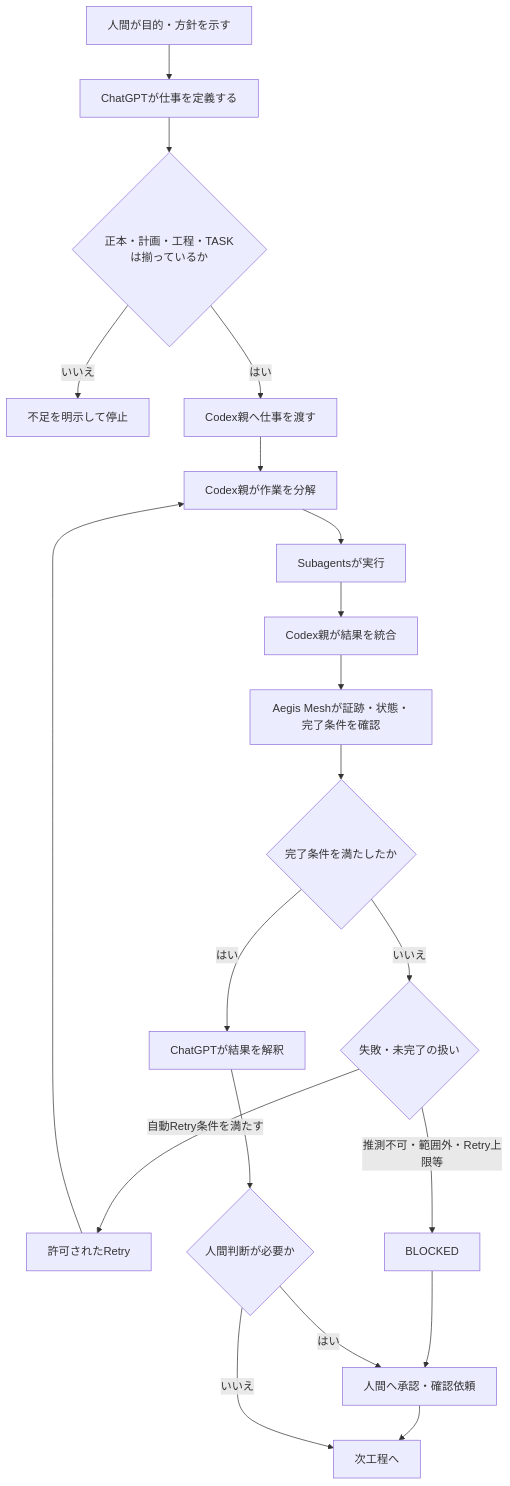
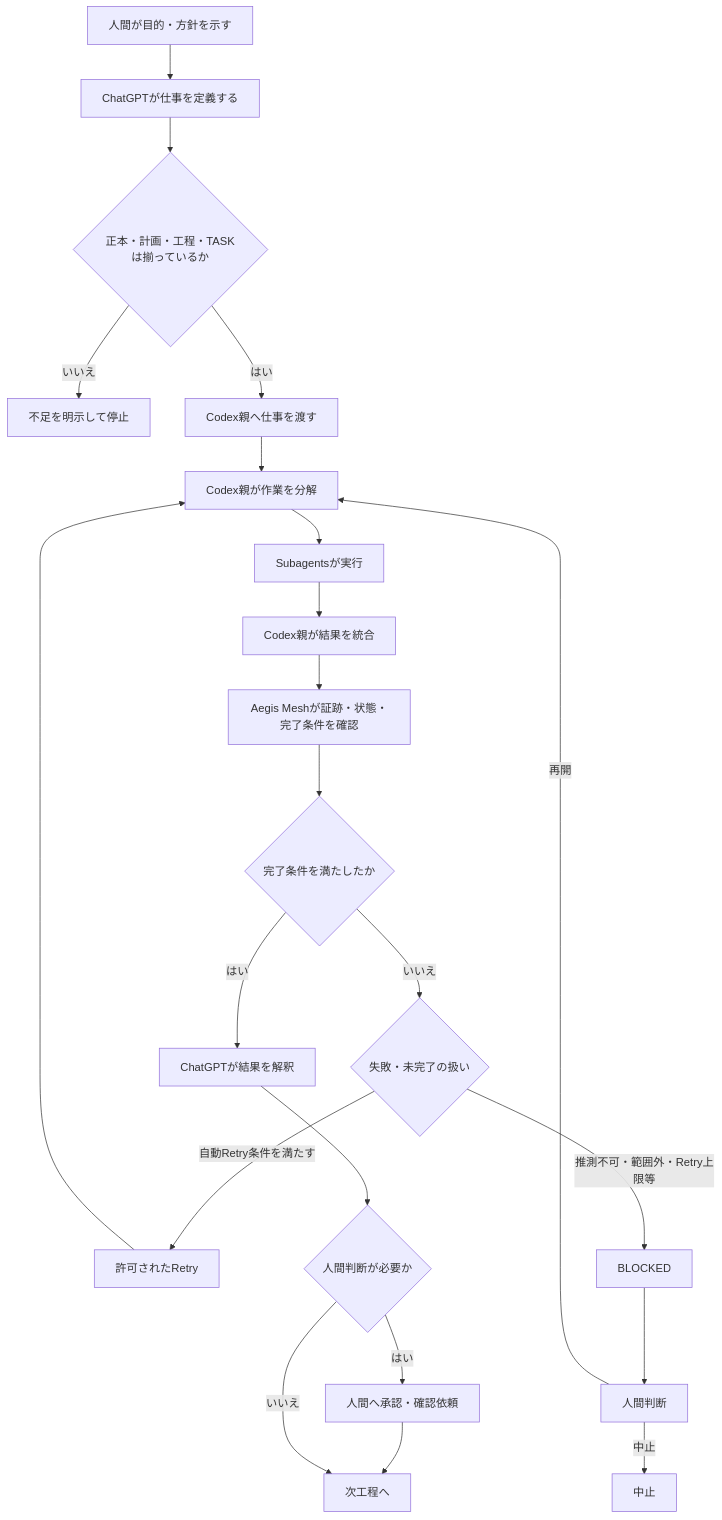
Before and after one commit to xxxinakenxxx-hash/Aegis-Mesh: the third of 8 diagrams in docs/正本/【Aegis Mesh】企画概要書.md, drawn with Mermaid. The commit also changed other lines of this file, not shown here.

````diff
--- a/docs/正本/【Aegis Mesh】企画概要書.md
+++ b/docs/正本/【Aegis Mesh】企画概要書.md
@@ -208,40 +208,43 @@
 ```mermaid
 flowchart TD
     A[人間が目的・方針を示す]
     B[ChatGPTが仕事を定義する]
     C{正本・計画・工程・TASKは揃っているか}
     D[不足を明示して停止]
     E[Codex親へ仕事を渡す]
     F[Codex親が作業を分解]
     G[Subagentsが実行]
     H[Codex親が結果を統合]
     I[Aegis Meshが証跡・状態・完了条件を確認]
     J{完了条件を満たしたか}
     K{失敗・未完了の扱い}
     R[許可されたRetry]
     B2[BLOCKED]
+    HJ[人間判断]
     L[ChatGPTが結果を解釈]
     M{人間判断が必要か}
     N[人間へ承認・確認依頼]
     O[次工程へ]
 
     A --> B
     B --> C
     C -- いいえ --> D
     C -- はい --> E
     E --> F
     F --> G
     G --> H
     H --> I
     I --> J
     J -- いいえ --> K
     K -- 自動Retry条件を満たす --> R
     R --> F
     K -- 推測不可・範囲外・Retry上限等 --> B2
-    B2 --> N
+    B2 --> HJ
+    HJ -- 再開 --> F
+    HJ -- 中止 --> X[中止]
     J -- はい --> L
     L --> M
     M -- はい --> N
     N --> O
     M -- いいえ --> O
 ```
````
